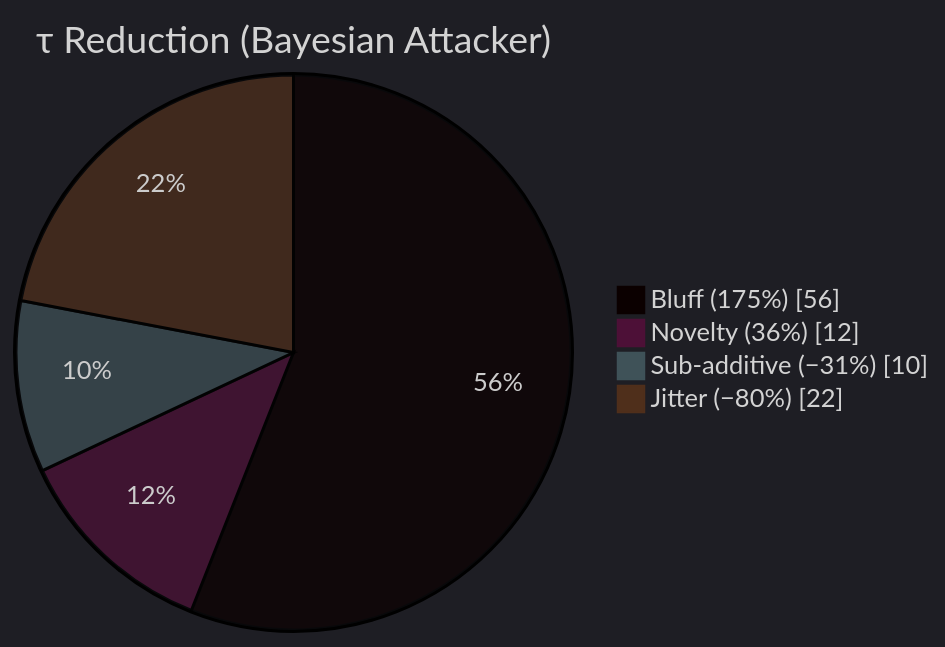
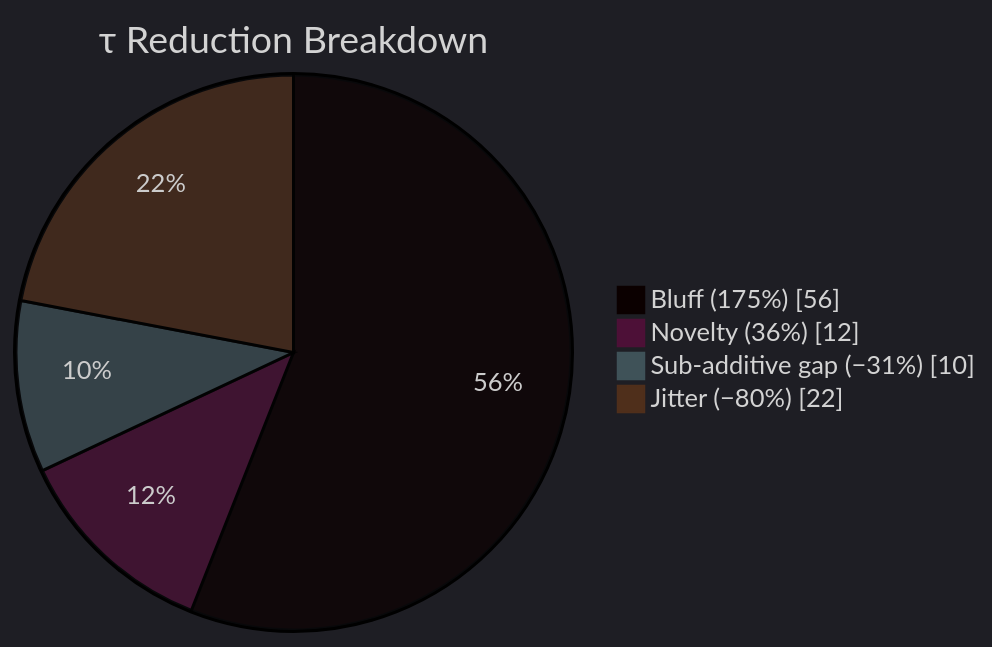
Before and after one commit to celosers/AdaptiveBathNegotiater: the third of 3 diagrams in README.md, drawn with Mermaid. The commit also changed other lines of this file, not shown here.

Commit message:
Fix: drop unicode bars, clean markdown tables, compact architecture diagram

````diff
--- a/README.md
+++ b/README.md
@@ -89,9 +88,9 @@
 ```mermaid
 %%{init: {'theme': 'dark'}}%%
 pie showData
-    title τ Reduction (Bayesian Attacker)
+    title τ Reduction Breakdown
     "Bluff (175%)" : 56
     "Novelty (36%)" : 12
-    "Sub-additive (−31%)" : 10
+    "Sub-additive gap (−31%)" : 10
     "Jitter (−80%)" : 22
 ```
````
